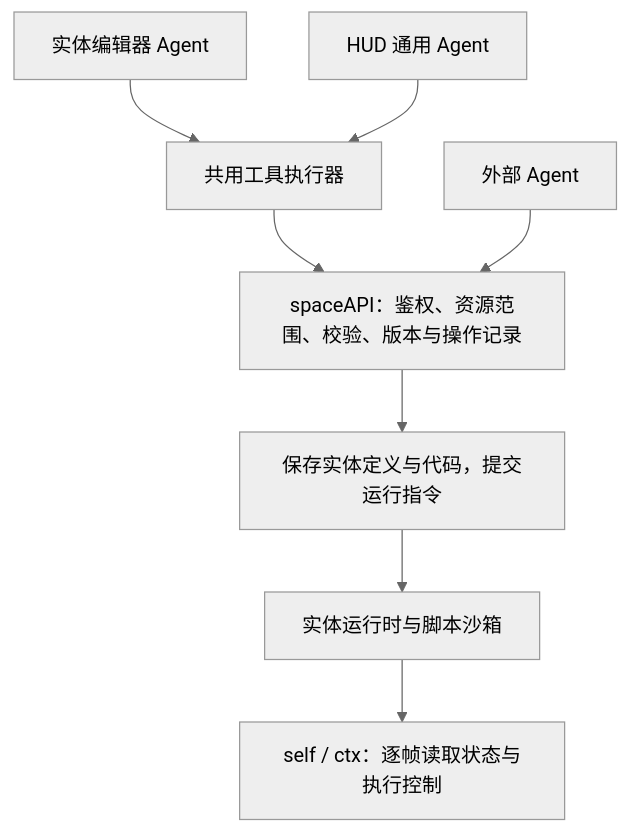
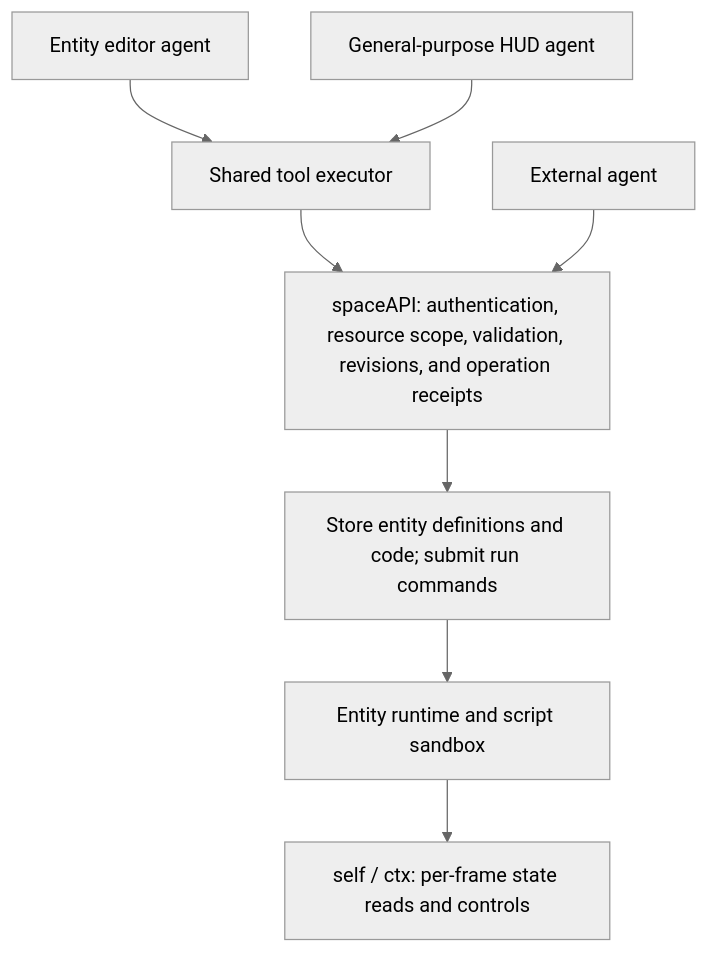
The diagram in client/docs/agent-access-design.md (EntropyDrop/entropydrop_space), drawn with Mermaid (neutral theme) before and after one commit. The commit also changed other lines of this file and 85 other files, not shown here.

Commit message:
feat(space): replace AI Build with Agent Build and publish editor and sync fixes

````diff
--- a/client/docs/agent-access-design.md
+++ b/client/docs/agent-access-design.md
@@ -23,10 +23,10 @@
 ```mermaid
 flowchart TD
-    E[实体编辑器 Agent] --> T[共用工具执行器]
-    H[HUD 通用 Agent] --> T
-    T --> A[spaceAPI：鉴权、资源范围、校验、版本与操作记录]
-    X[外部 Agent] --> A
-    A --> D[保存实体定义与代码，提交运行指令]
-    D --> R[实体运行时与脚本沙箱]
-    R --> C[self / ctx：逐帧读取状态与执行控制]
+    E[Entity editor agent] --> T[Shared tool executor]
+    H[General-purpose HUD agent] --> T
+    T --> A[spaceAPI: authentication, resource scope, validation, revisions, and operation receipts]
+    X[External agent] --> A
+    A --> D[Store entity definitions and code; submit run commands]
+    D --> R[Entity runtime and script sandbox]
+    R --> C[self / ctx: per-frame state reads and controls]
 ```
````
